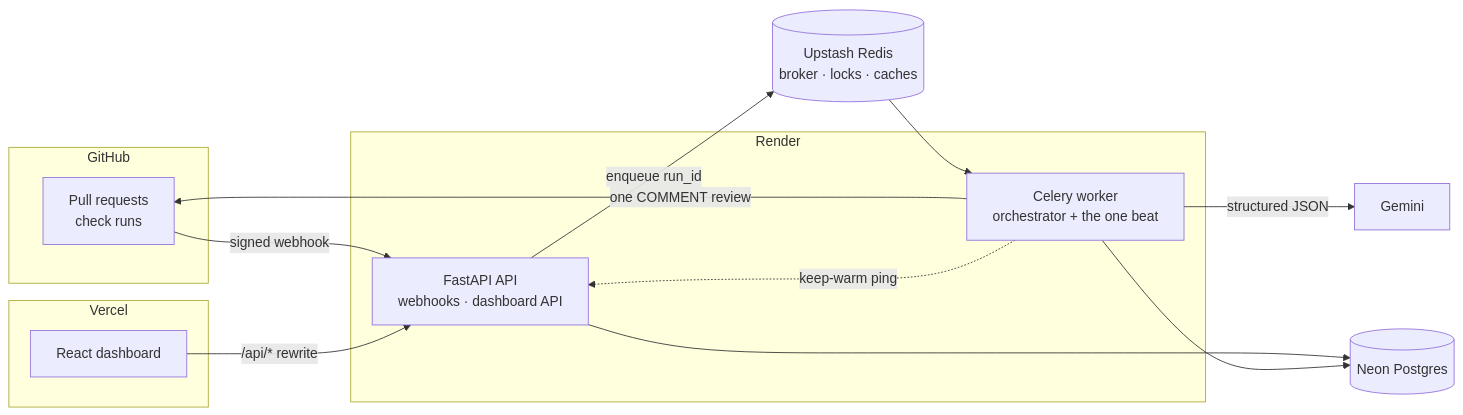
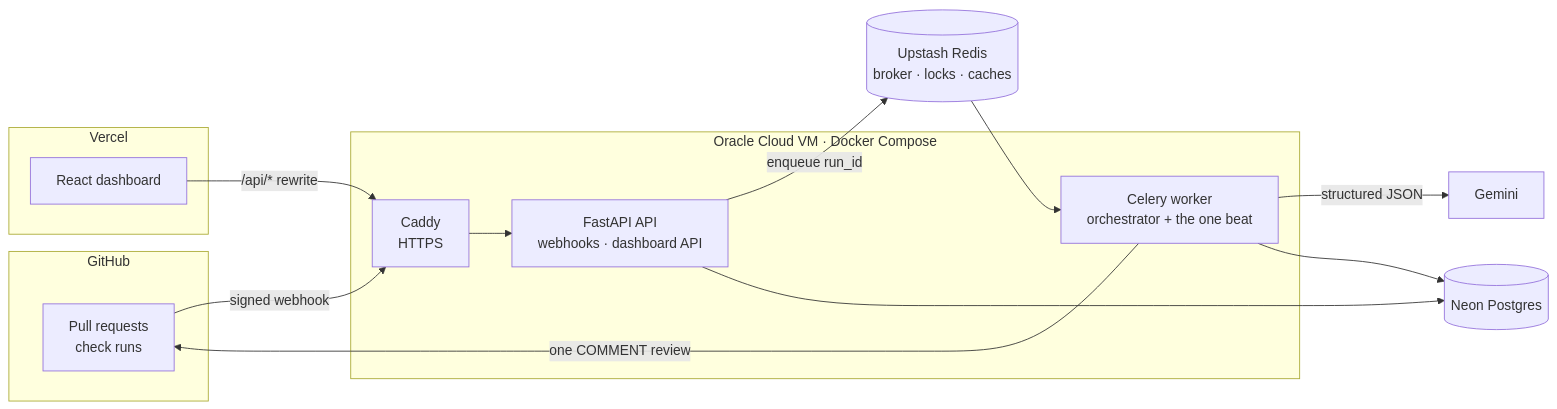
One commit to Ommadure/ai-pr-reviewer changed the first of 2 diagrams in README.md. Above: the diagram before and after it, drawn with Mermaid. The commit also changed other lines of this file and 10 other files, not shown here.

First line of the commit message:
Deploy the backend for $0 on an Oracle Cloud Always Free VM

````diff
--- a/README.md
+++ b/README.md
@@ -14,22 +14,23 @@
 ```mermaid
 flowchart LR
     subgraph GitHub
         GH[Pull requests<br/>check runs]
     end
     subgraph Vercel
         UI[React dashboard]
     end
-    subgraph Render
+    subgraph VM[Oracle Cloud VM · Docker Compose]
+        C[Caddy<br/>HTTPS]
         API[FastAPI API<br/>webhooks · dashboard API]
         W[Celery worker<br/>orchestrator + the one beat]
+        C --> API
     end
-    GH -- signed webhook --> API
-    UI -- /api/* rewrite --> API
+    GH -- signed webhook --> C
+    UI -- /api/* rewrite --> C
     API -- enqueue run_id --> R[(Upstash Redis<br/>broker · locks · caches)]
     R --> W
     W -- one COMMENT review --> GH
     W -- structured JSON --> LLM[Gemini]
     API --> PG[(Neon Postgres)]
     W --> PG
-    W -. keep-warm ping .-> API
 ```
````
